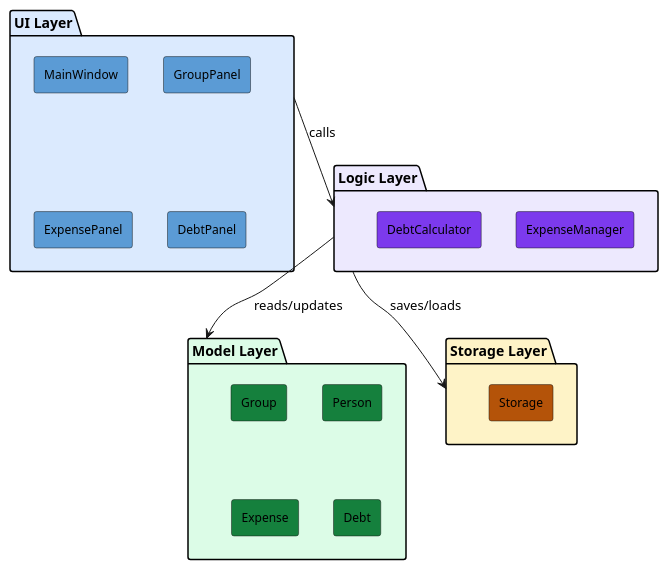
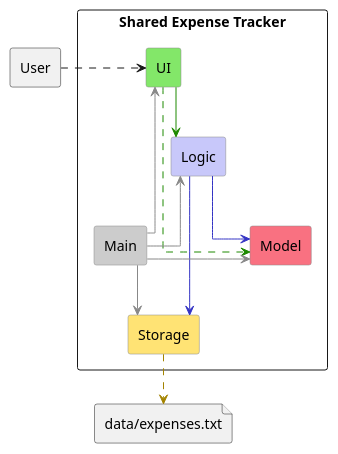
The diagram in docs/diagrams/ArchitecturalPatternDiagram.puml (IV-pratibha-0912/tp), drawn with PlantUML before and after one commit.

Commit message:
Update Architectural Pattern Diagram

```diff
--- a/docs/diagrams/ArchitecturalPatternDiagram.puml
+++ b/docs/diagrams/ArchitecturalPatternDiagram.puml
@@ -1,34 +1,43 @@
 @startuml
 
 skinparam backgroundColor white
 skinparam defaultFontName Arial
-skinparam rectangleFontSize 12
+skinparam nodesep 50
+skinparam ranksep 50
+allowmixing
+skinparam componentStyle rectangle
+skinparam linetype ortho
 
-package "UI Layer" #DBEAFE {
-    rectangle "MainWindow" #5B9BD5
-    rectangle "GroupPanel" #5B9BD5
-    rectangle "ExpensePanel" #5B9BD5
-    rectangle "DebtPanel" #5B9BD5
+skinparam Component {
+    BackgroundColor #FFFFFF
+    BorderColor #888888
+    FontColor #000000
 }
 
-package "Logic Layer" #EDE9FE {
-    rectangle "ExpenseManager" #7C3AED
-    rectangle "DebtCalculator" #7C3AED
+Package "Shared Expense Tracker" <<Rectangle>> {
+    Component UI #83E769
+    Component Logic #C8C8FA
+    Component Storage #FFE374
+    Component Model #F97181
+    Component Main #CCCCCC
 }
 
-package "Model Layer" #DCFCE7 {
-    rectangle "Group" #15803D
-    rectangle "Person" #15803D
-    rectangle "Expense" #15803D
-    rectangle "Debt" #15803D
-}
+Rectangle User
+File "data/expenses.txt" as textFile
 
-package "Storage Layer" #FEF3C7 {
-    rectangle "Storage" #B45309
-}
+User .right.> UI
 
-"UI Layer" -down-> "Logic Layer" : calls
-"Logic Layer" -down-> "Model Layer" : reads/updates
-"Logic Layer" -down-> "Storage Layer" : saves/loads
+UI -[#1D8900]-> Logic
+UI .[#1D8900].> Model
+
+Logic -down[#3333C4]-> Storage
+Logic -down[#3333C4]-> Model
+
+Main -up[#888888]-> UI
+Main -up[#888888]-> Logic
+Main -right[#888888]-> Model
+Main -down[#888888]-> Storage
+
+Storage .[#A38300].> textFile
 
 @enduml
```
